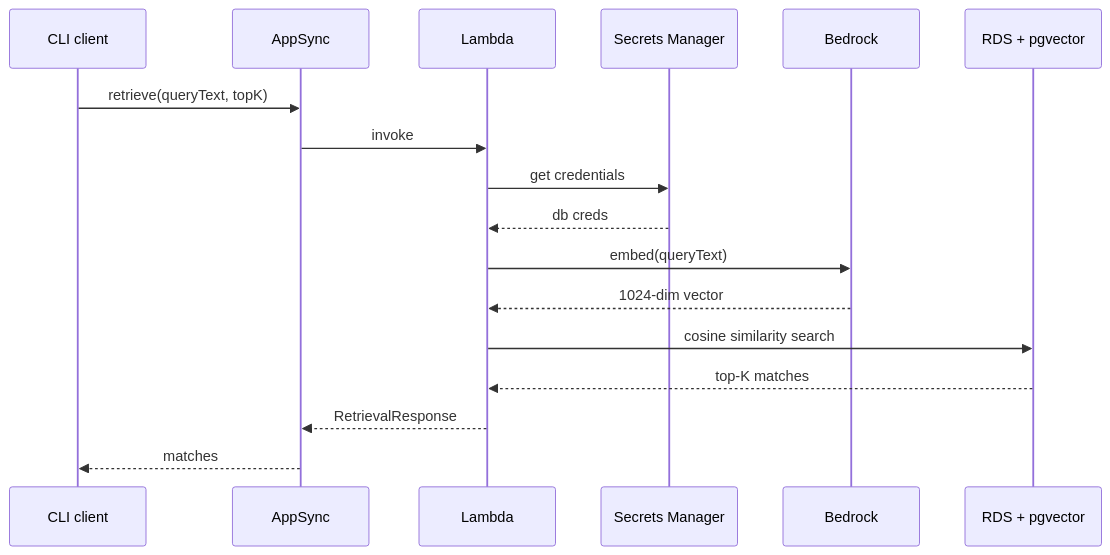
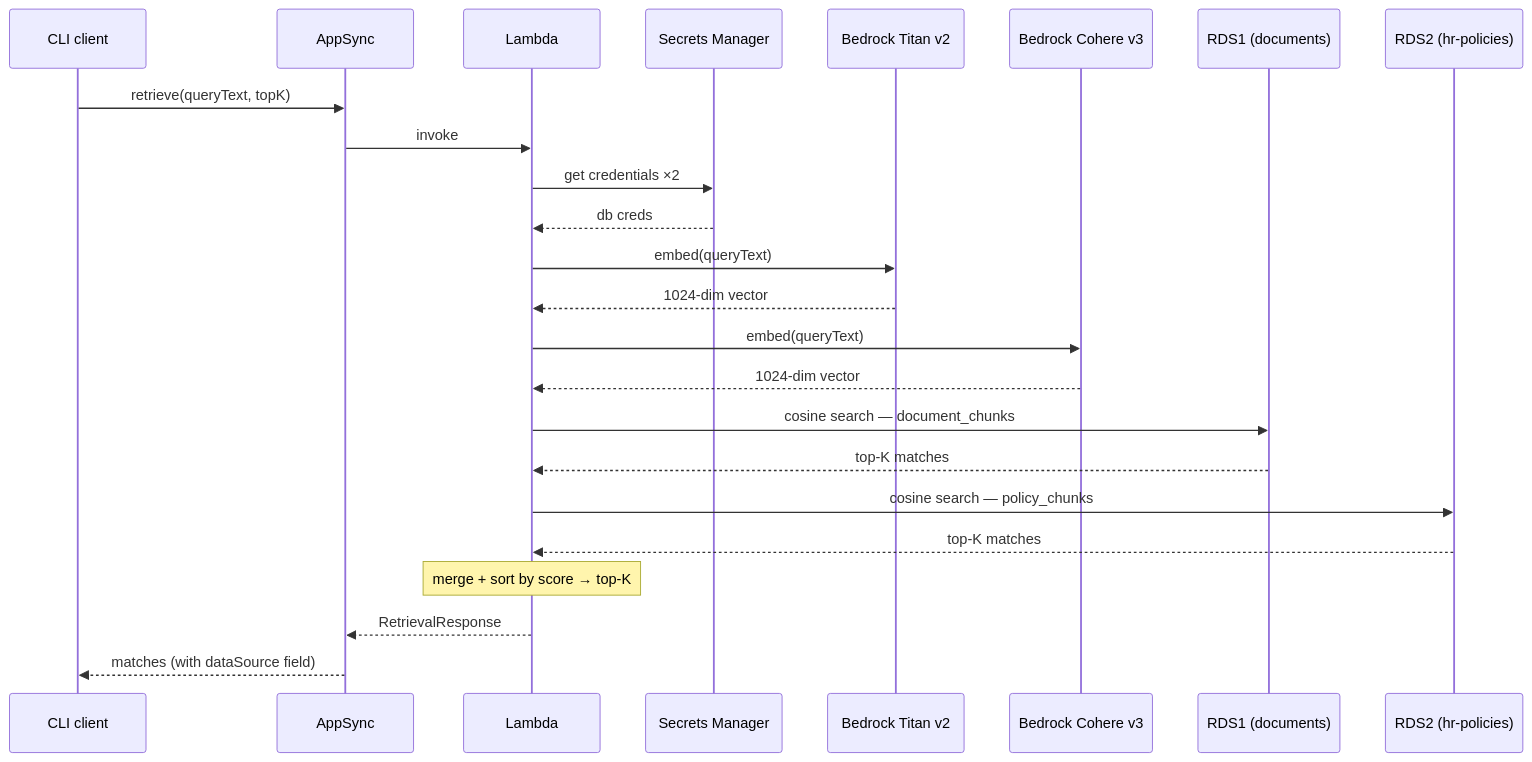
One commit to pwang-hydrafacial/fm-appsync-embedding-retrieval-poc changed the second of 2 diagrams in docs/demo.md. Above: the diagram before and after it, drawn with Mermaid. The commit also changed other lines of this file and 14 other files, not shown here.

First line of the commit message:
Phase 2: add HR policy data source with Cohere Embed English v3

````diff
--- a/docs/demo.md
+++ b/docs/demo.md
@@ -38,20 +44,27 @@
 ```mermaid
 sequenceDiagram
     participant CLI as CLI client
     participant AS as AppSync
     participant L as Lambda
     participant SM as Secrets Manager
-    participant B as Bedrock
-    participant DB as RDS + pgvector
+    participant B1 as Bedrock Titan v2
+    participant B2 as Bedrock Cohere v3
+    participant DB1 as RDS1 (documents)
+    participant DB2 as RDS2 (hr-policies)
 
     CLI->>AS: retrieve(queryText, topK)
     AS->>L: invoke
-    L->>SM: get credentials
+    L->>SM: get credentials ×2
     SM-->>L: db creds
-    L->>B: embed(queryText)
-    B-->>L: 1024-dim vector
-    L->>DB: cosine similarity search
-    DB-->>L: top-K matches
+    L->>B1: embed(queryText)
+    B1-->>L: 1024-dim vector
+    L->>B2: embed(queryText)
+    B2-->>L: 1024-dim vector
+    L->>DB1: cosine search — document_chunks
+    DB1-->>L: top-K matches
+    L->>DB2: cosine search — policy_chunks
+    DB2-->>L: top-K matches
+    Note over L: merge + sort by score → top-K
     L-->>AS: RetrievalResponse
-    AS-->>CLI: matches
+    AS-->>CLI: matches (with dataSource field)
 ```
````
